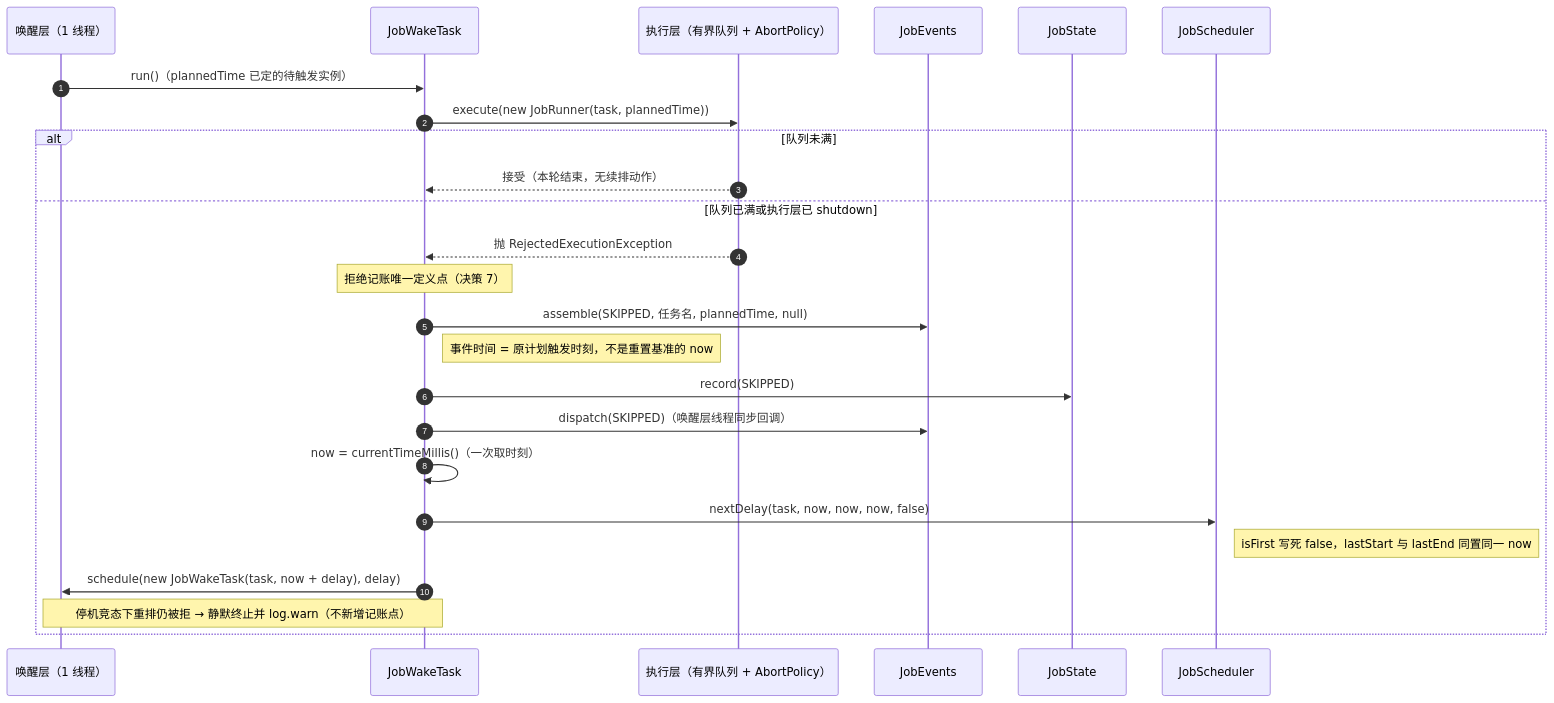
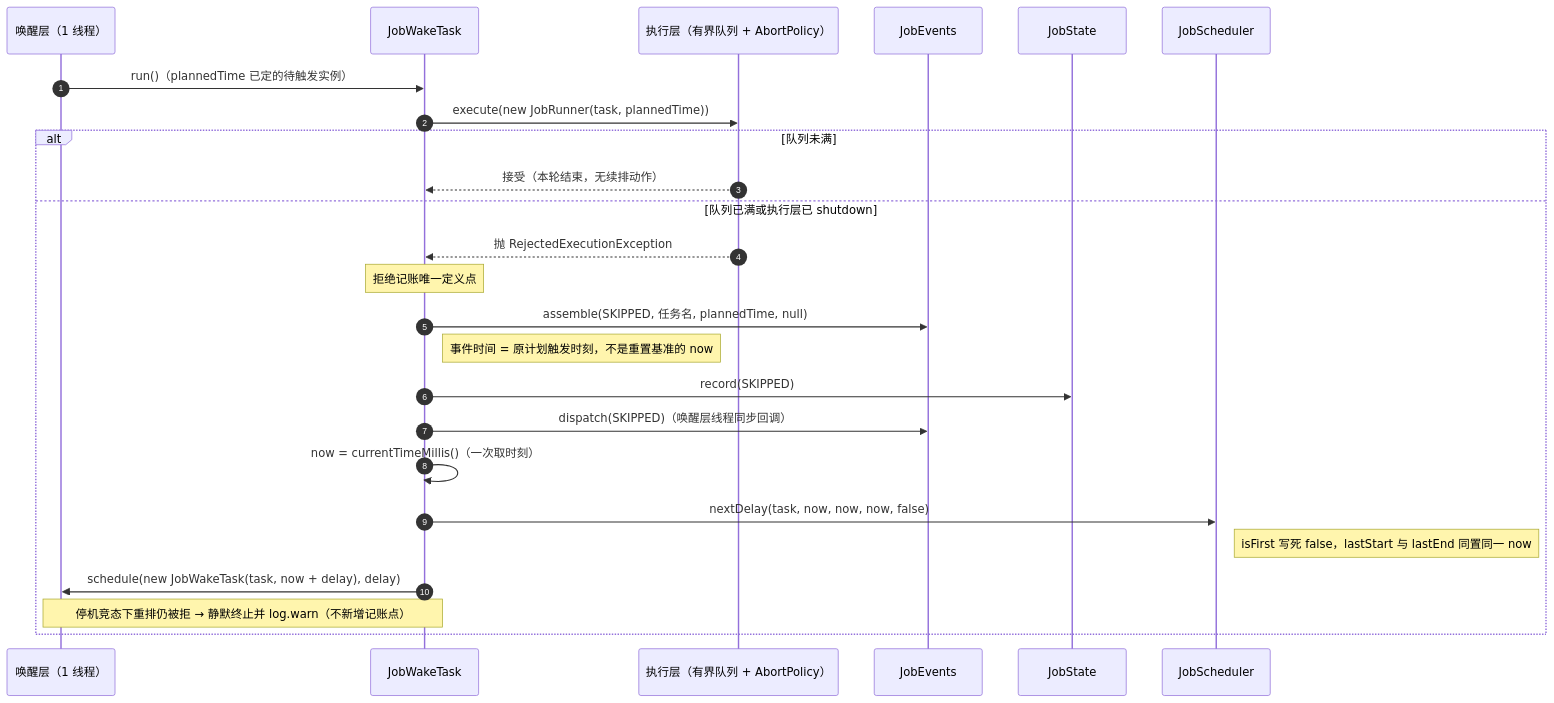
One commit to gollyhu/aifei-eco-modules changed the third of 4 diagrams in aifei-job/docs/design.md. Above: the diagram before and after it, drawn with Mermaid. The commit also changed other lines of this file and 99 other files, not shown here.

````diff
--- a/aifei-job/docs/design.md
+++ b/aifei-job/docs/design.md
@@ -769,28 +631,28 @@
 ```mermaid
 sequenceDiagram
     autonumber
     participant Wake as 唤醒层（1 线程）
     participant WT as JobWakeTask
     participant Pool as 执行层（有界队列 + AbortPolicy）
     participant Ev as JobEvents
     participant St as JobState
     participant Sched as JobScheduler
 
     Wake->>WT: run()（plannedTime 已定的待触发实例）
     WT->>Pool: execute(new JobRunner(task, plannedTime))
     alt 队列未满
         Pool-->>WT: 接受（本轮结束，无续排动作）
     else 队列已满或执行层已 shutdown
         Pool-->>WT: 抛 RejectedExecutionException
-        Note over WT: 拒绝记账唯一定义点（决策 7）
+        Note over WT: 拒绝记账唯一定义点
         WT->>Ev: assemble(SKIPPED, 任务名, plannedTime, null)
         Note right of WT: 事件时间 = 原计划触发时刻，不是重置基准的 now
         WT->>St: record(SKIPPED)
         WT->>Ev: dispatch(SKIPPED)（唤醒层线程同步回调）
         WT->>WT: now = currentTimeMillis()（一次取时刻）
         WT->>Sched: nextDelay(task, now, now, now, false)
         Note right of Sched: isFirst 写死 false，lastStart 与 lastEnd 同置同一 now
         WT->>Wake: schedule(new JobWakeTask(task, now + delay), delay)
         Note over WT,Wake: 停机竞态下重排仍被拒 → 静默终止并 log.warn（不新增记账点）
     end
 ```
````
